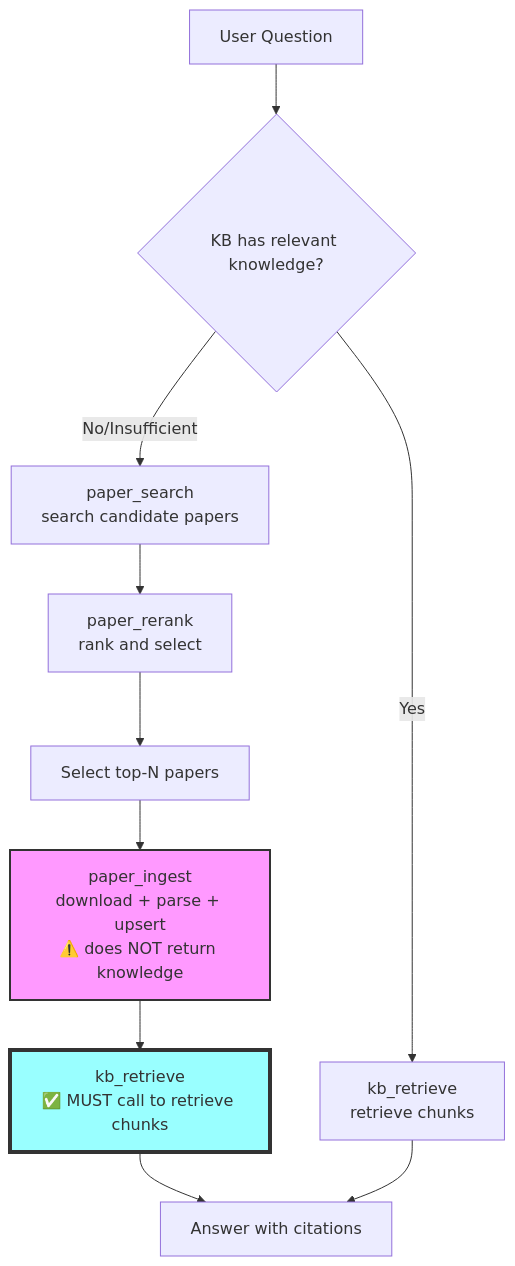
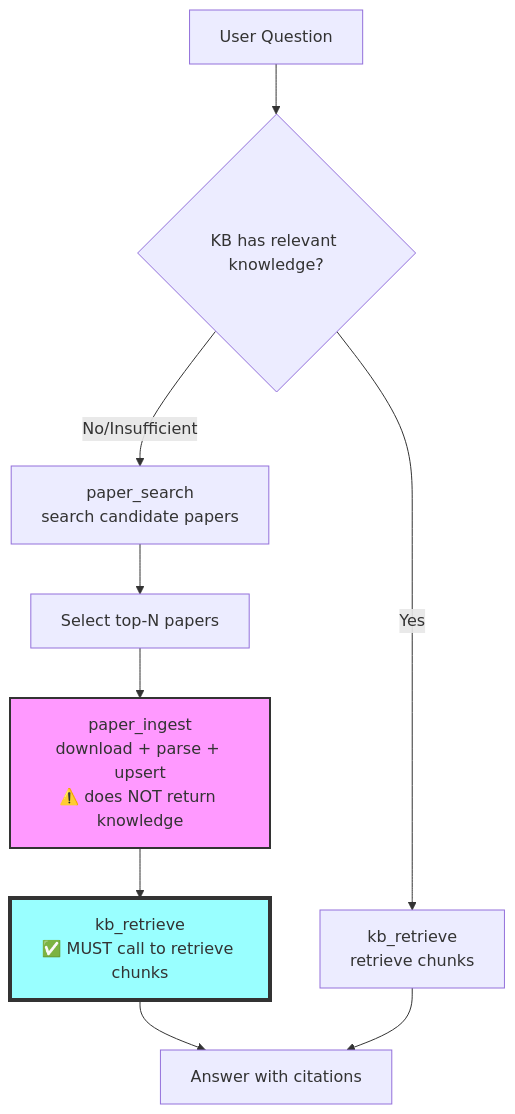
The diagram in nanobot/skills/paper-expert/SKILL.md (HITjige/Paper-Master), drawn with Mermaid before and after one commit. The commit also changed 22 other files, not shown here.

````diff
--- a/nanobot/skills/paper-expert/SKILL.md
+++ b/nanobot/skills/paper-expert/SKILL.md
@@ -47,15 +47,14 @@
 ```mermaid
 graph TD
     A[User Question] --> B{KB has relevant knowledge?}
     B -->|Yes| C[kb_retrieve<br/>retrieve chunks]
     B -->|No/Insufficient| D[paper_search<br/>search candidate papers]
-    D --> E[paper_rerank<br/>rank and select]
-    E --> F[Select top-N papers]
+    D --> F[Select top-N papers]
     F --> G[paper_ingest<br/>download + parse + upsert<br/>⚠️ does NOT return knowledge]
     G --> H[kb_retrieve<br/>✅ MUST call to retrieve chunks]
     H --> I[Answer with citations]
     C --> I
     
     style G fill:#f9f,stroke:#333,stroke-width:2px
     style H fill:#9ff,stroke:#333,stroke-width:4px
 ```
````
